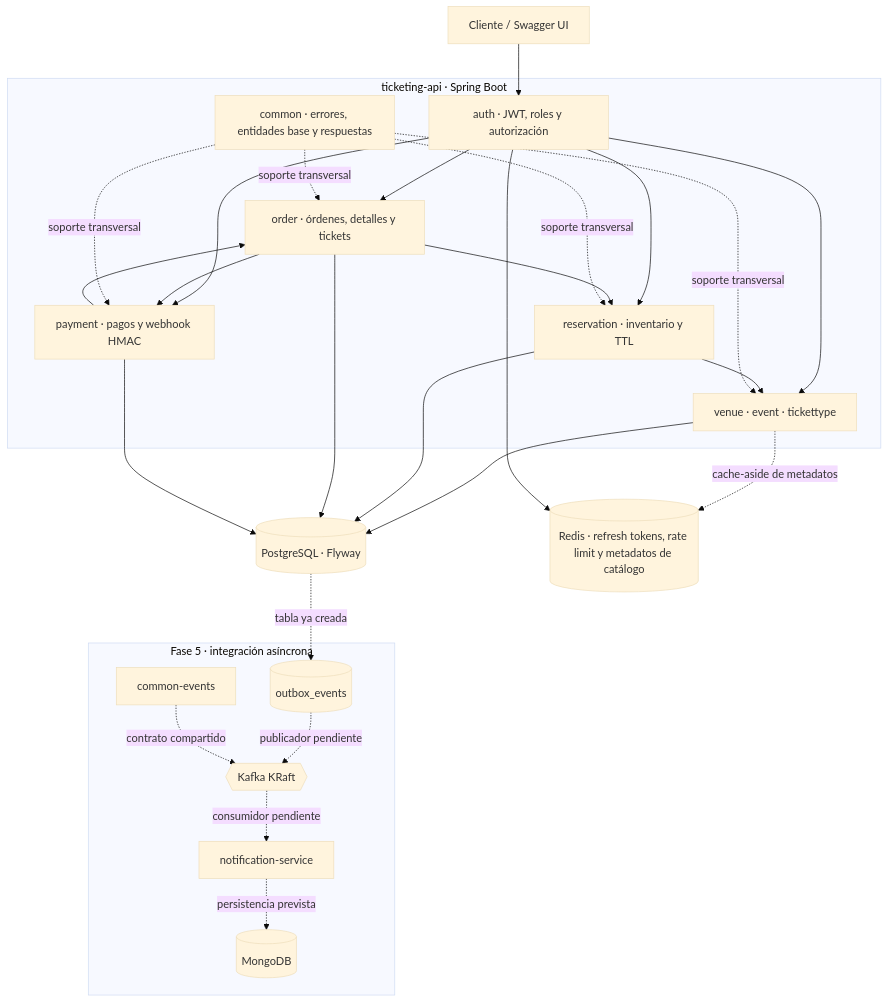
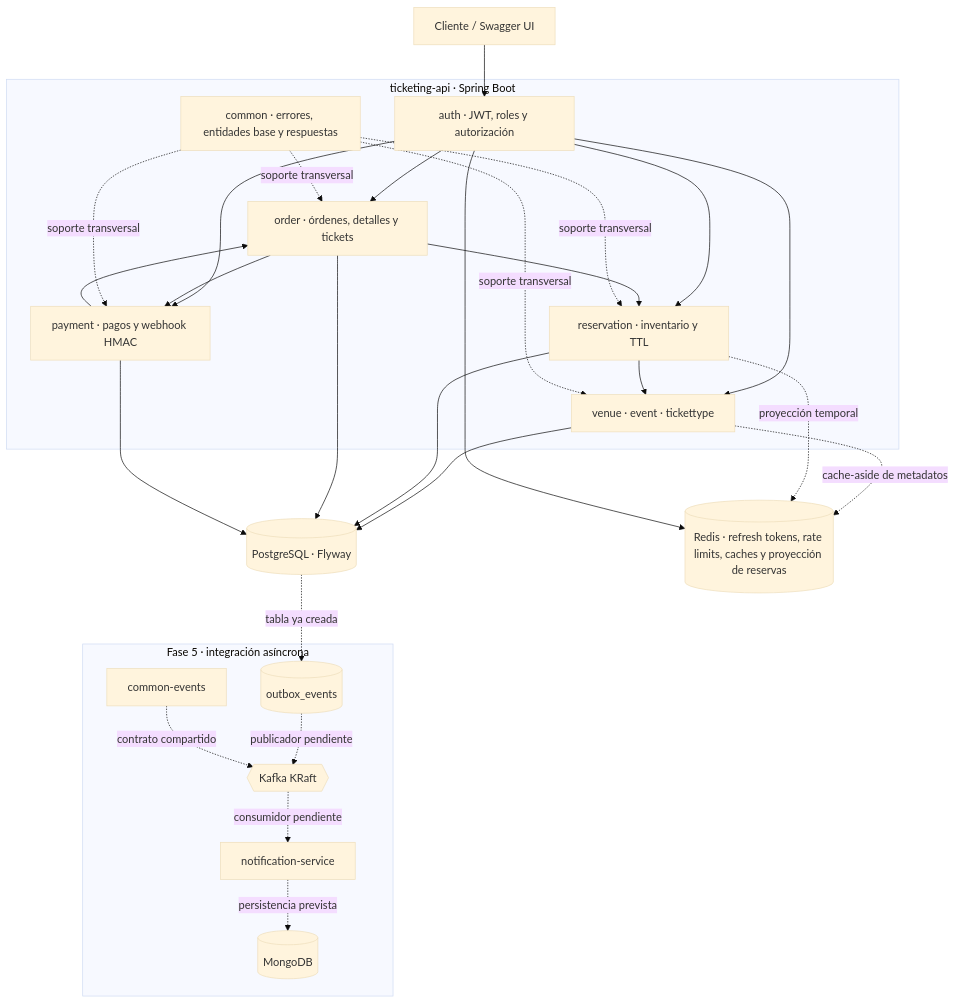
One commit to dab960405/tickeringsystem changed the first of 2 diagrams in docs/architecture.md. Above: the diagram before and after it, drawn with Mermaid (base theme). The commit also changed other lines of this file and 3 other files, not shown here.

````diff
--- a/docs/architecture.md
+++ b/docs/architecture.md
@@ -7,45 +7,46 @@
 ```mermaid
 flowchart TB
     client[Cliente / Swagger UI]
     subgraph api["ticketing-api · Spring Boot"]
       security[auth · JWT, roles y autorización]
       catalog[venue · event · tickettype]
       reservation[reservation · inventario y TTL]
       order[order · órdenes, detalles y tickets]
       payment[payment · pagos y webhook HMAC]
       common[common · errores, entidades base y respuestas]
       security --> catalog
       security --> reservation
       security --> order
       security --> payment
       reservation --> catalog
       order --> reservation
       order --> payment
       payment --> order
       common -. soporte transversal .-> catalog
       common -. soporte transversal .-> reservation
       common -. soporte transversal .-> order
       common -. soporte transversal .-> payment
     end
     postgres[(PostgreSQL · Flyway)]
-    redis[(Redis · refresh tokens, rate limit y metadatos de catálogo)]
+    redis[(Redis · refresh tokens, rate limits, caches y proyección de reservas)]
     client --> security
     catalog --> postgres
     catalog -. cache-aside de metadatos .-> redis
     reservation --> postgres
+    reservation -. proyección temporal .-> redis
     order --> postgres
     payment --> postgres
     security --> redis
     subgraph future["Fase 5 · integración asíncrona"]
       outbox[(outbox_events)]
       kafka{{Kafka KRaft}}
       events[common-events]
       notifier[notification-service]
       mongo[(MongoDB)]
       outbox -. publicador pendiente .-> kafka
       events -. contrato compartido .-> kafka
       kafka -. consumidor pendiente .-> notifier
       notifier -. persistencia prevista .-> mongo
     end
     postgres -. tabla ya creada .-> outbox
 ```
````
